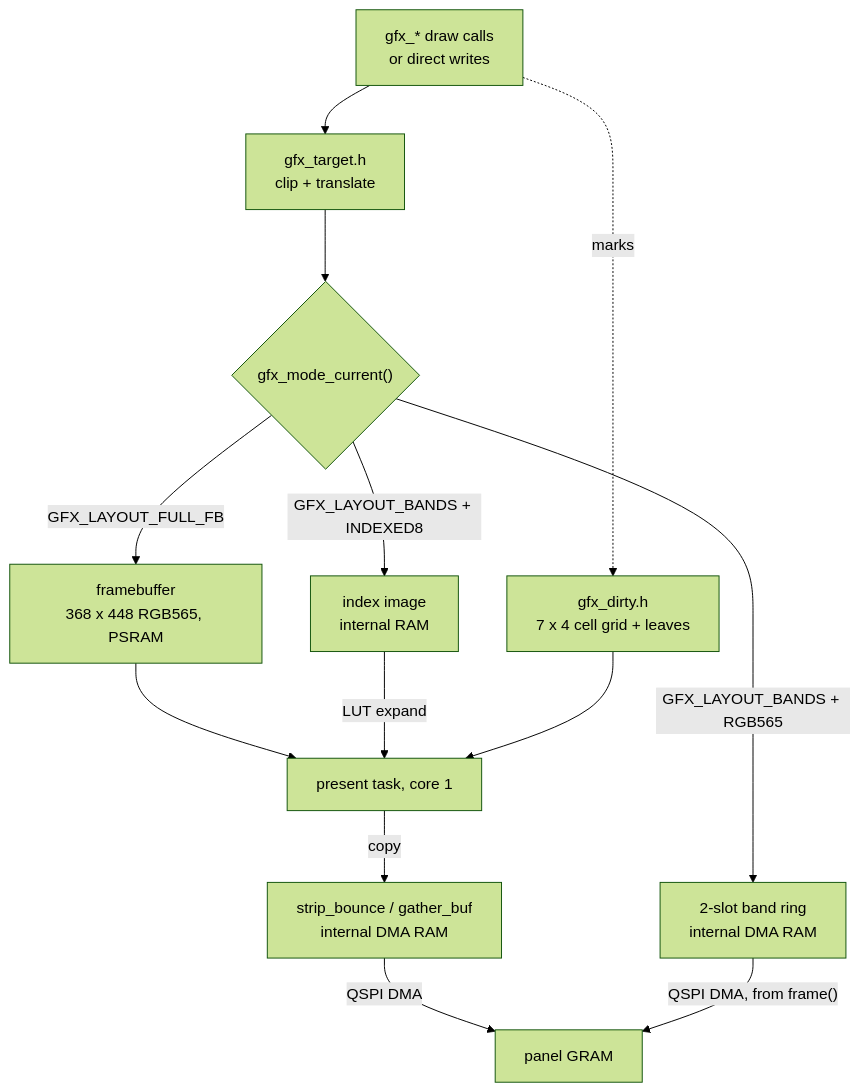
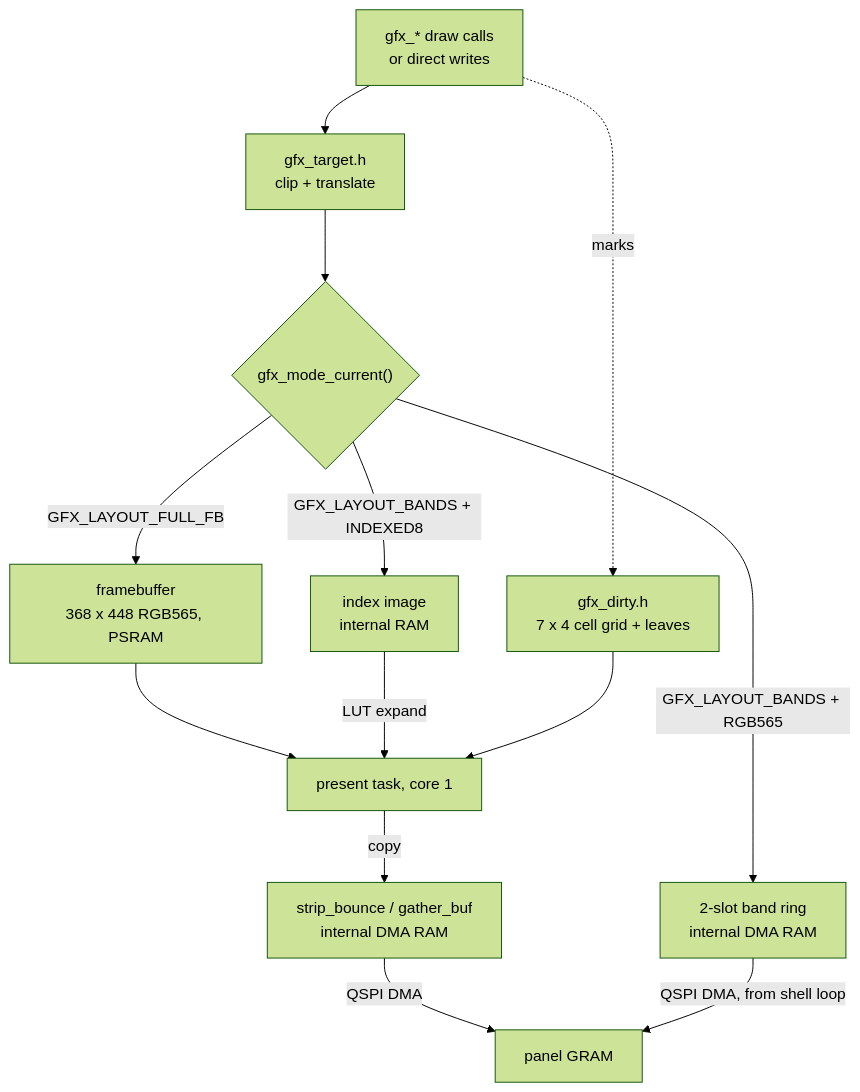
The first of 4 diagrams in docs/Gfx-and-Presentation.md (jose-villegas/autana), drawn with Mermaid (forest theme) before and after one commit. The commit also changed other lines of this file and 7 other files, not shown here.

````diff
--- a/docs/Gfx-and-Presentation.md
+++ b/docs/Gfx-and-Presentation.md
@@ -18,15 +18,15 @@
 ```mermaid
 flowchart TB
     DRAW["gfx_* draw calls<br/>or direct writes"] --> TGT["gfx_target.h<br/>clip + translate"]
     TGT --> SEL{"gfx_mode_current()"}
     SEL -->|"GFX_LAYOUT_FULL_FB"| FB["framebuffer<br/>368 x 448 RGB565, PSRAM"]
     SEL -->|"GFX_LAYOUT_BANDS + RGB565"| BR["2-slot band ring<br/>internal DMA RAM"]
     SEL -->|"GFX_LAYOUT_BANDS + INDEXED8"| IX["index image<br/>internal RAM"]
     DRAW -.->|"marks"| DT["gfx_dirty.h<br/>7 x 4 cell grid + leaves"]
     FB --> PT["present task, core 1"]
     IX -->|"LUT expand"| PT
     DT --> PT
     PT -->|"copy"| BNC["strip_bounce / gather_buf<br/>internal DMA RAM"]
     BNC -->|"QSPI DMA"| PANEL["panel GRAM"]
-    BR -->|"QSPI DMA, from frame()"| PANEL
+    BR -->|"QSPI DMA, from shell loop"| PANEL
 ```
````
